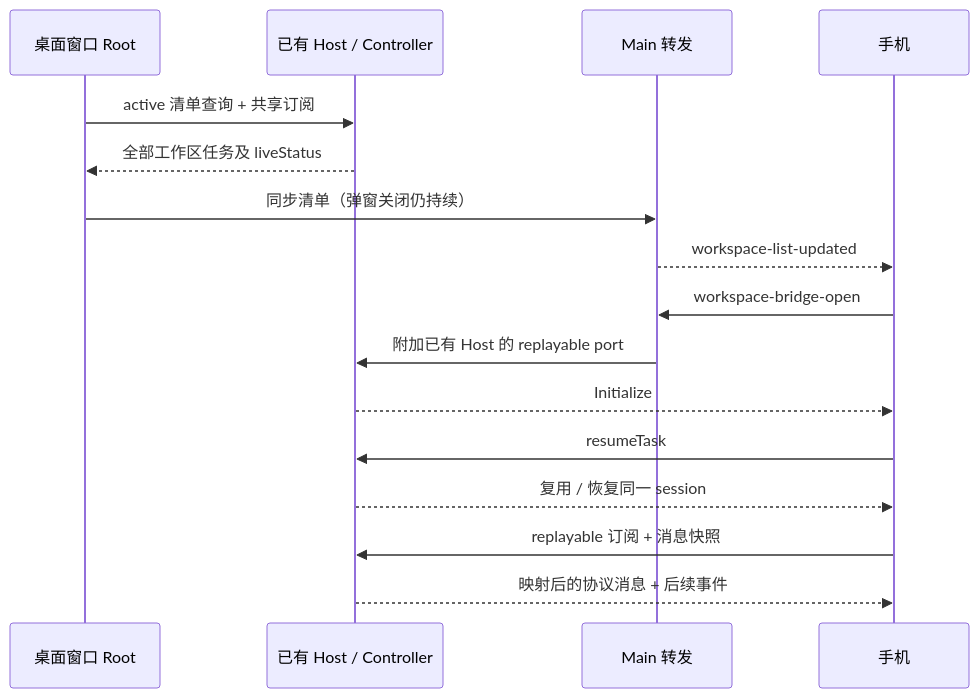
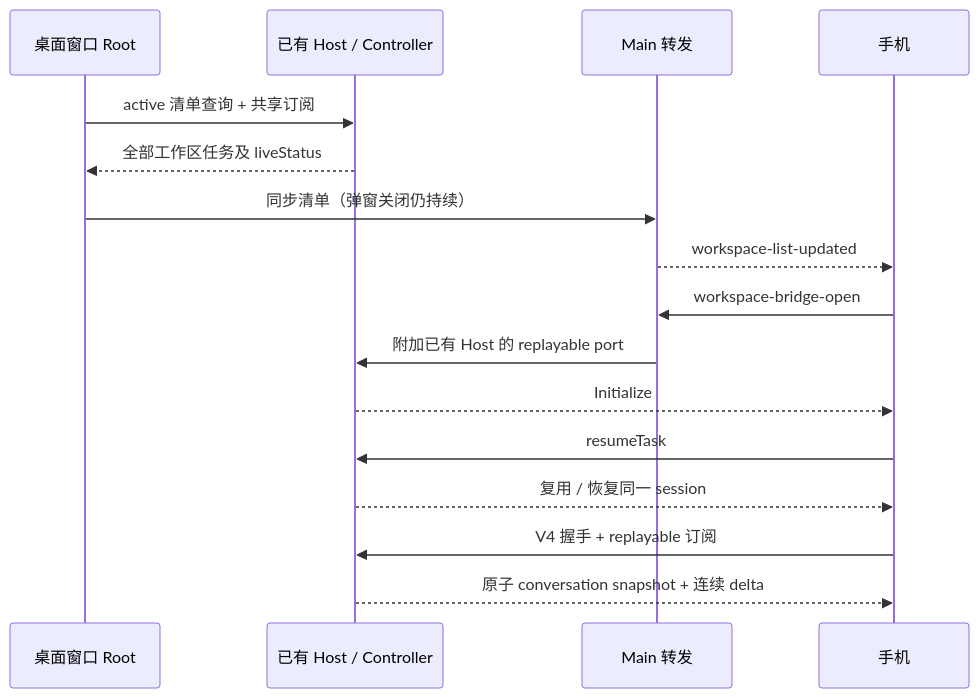
The first of 6 diagrams in docs/specs/web-remote-control-mobile.md (No-ni/ZCodium), drawn with Mermaid before and after one commit. The commit also changed other lines of this file and 72 other files, not shown here.

````diff
--- a/docs/specs/web-remote-control-mobile.md
+++ b/docs/specs/web-remote-control-mobile.md
@@ -57,18 +59,18 @@
 ```mermaid
 sequenceDiagram
     participant R as 桌面窗口 Root
     participant H as 已有 Host / Controller
     participant M as Main 转发
     participant P as 手机
     R->>H: active 清单查询 + 共享订阅
     H-->>R: 全部工作区任务及 liveStatus
     R->>M: 同步清单（弹窗关闭仍持续）
     M-->>P: workspace-list-updated
     P->>M: workspace-bridge-open
     M->>H: 附加已有 Host 的 replayable port
     H-->>P: Initialize
     P->>H: resumeTask
     H-->>P: 复用 / 恢复同一 session
-    P->>H: replayable 订阅 + 消息快照
-    H-->>P: 映射后的协议消息 + 后续事件
+    P->>H: V4 握手 + replayable 订阅
+    H-->>P: 原子 conversation snapshot + 连续 delta
 ```
````
